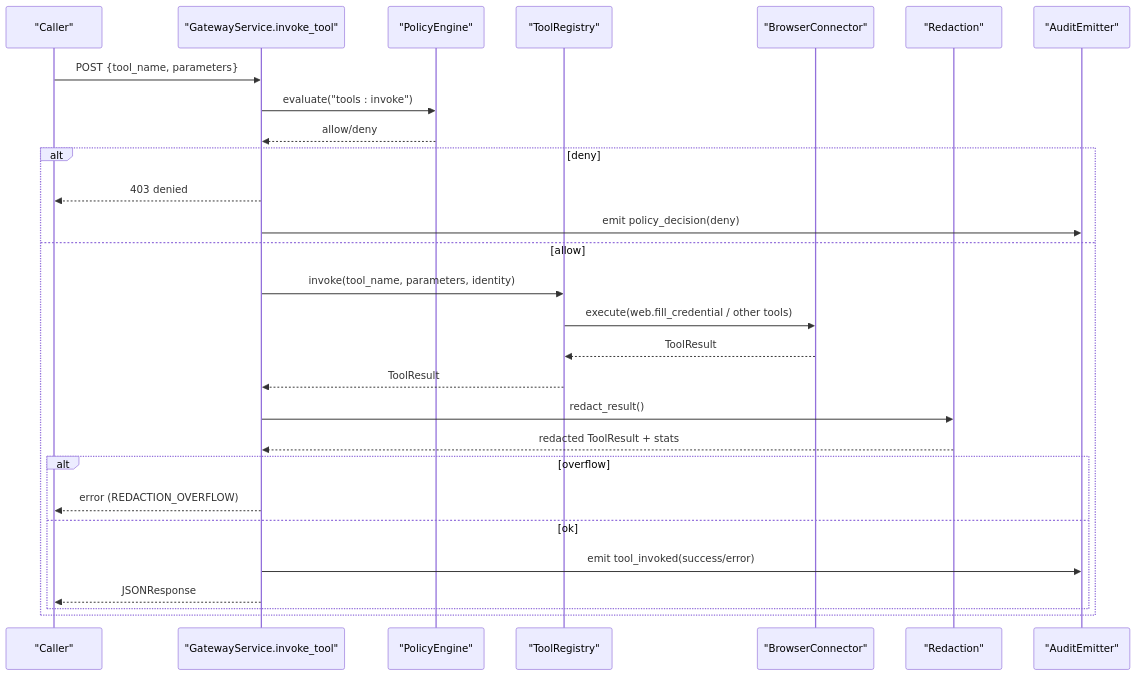
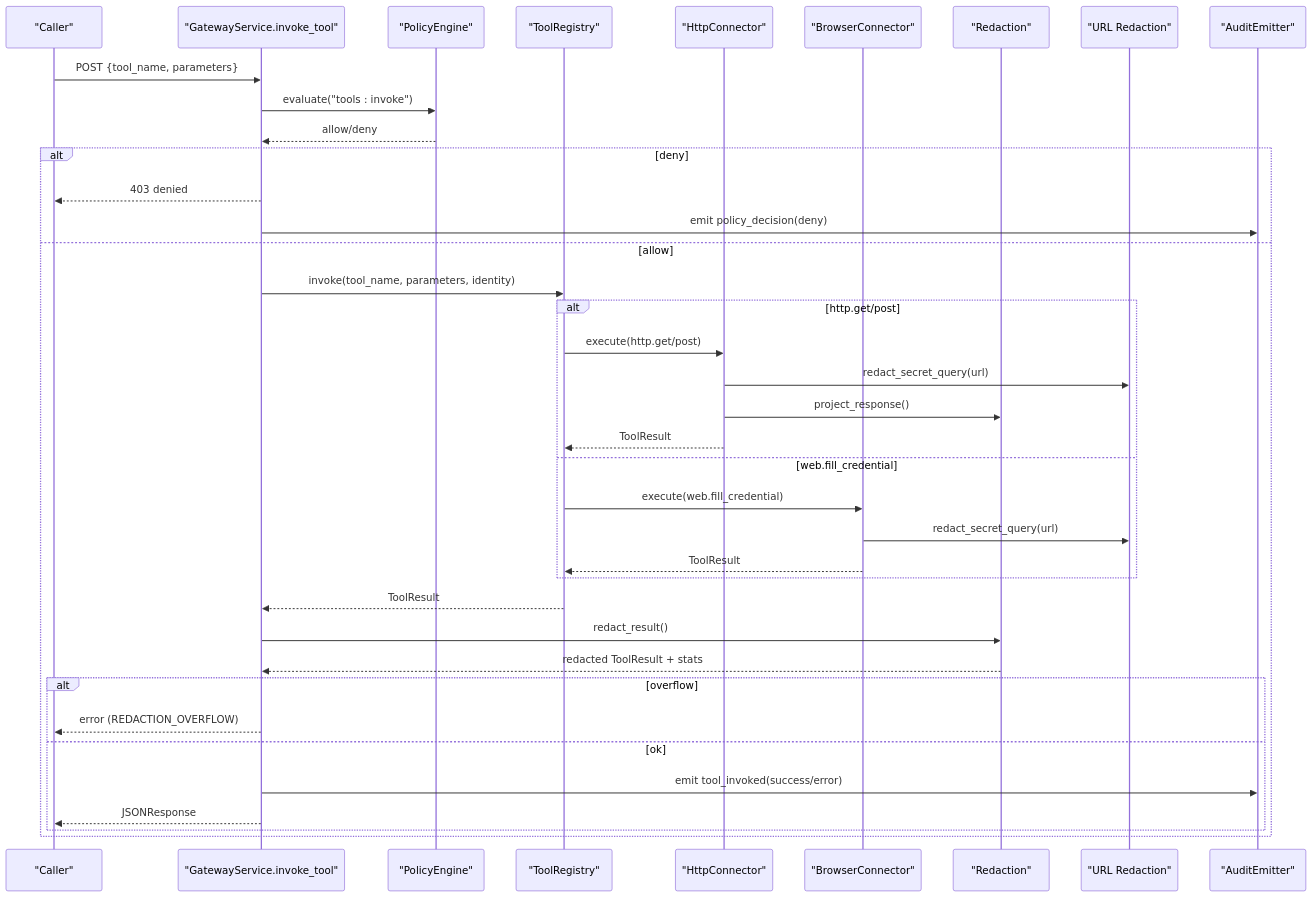
Before and after one commit to metasync/luban-aiops: the second of 9 diagrams in .qoder/repowiki/en/content/Core Services/Tool Gateway/Credential Management and Security.md, drawn with Mermaid. The commit also changed other lines of this file and 102 other files, not shown here.

````diff
--- a/.qoder/repowiki/en/content/Core Services/Tool Gateway/Credential Management and Security.md
+++ b/.qoder/repowiki/en/content/Core Services/Tool Gateway/Credential Management and Security.md
@@ -83,30 +104,40 @@
 ```mermaid
 sequenceDiagram
 participant Client as "Caller"
 participant GW as "GatewayService.invoke_tool"
 participant POL as "PolicyEngine"
 participant REG as "ToolRegistry"
-participant BR as "BrowserConnector"
+participant HC as "HttpConnector"
+participant BC as "BrowserConnector"
 participant RED as "Redaction"
+participant UR as "URL Redaction"
 participant AUD as "AuditEmitter"
 Client->>GW : POST {tool_name, parameters}
 GW->>POL : evaluate("tools : invoke")
 POL-->>GW : allow/deny
 alt deny
 GW-->>Client : 403 denied
 GW->>AUD : emit policy_decision(deny)
 else allow
 GW->>REG : invoke(tool_name, parameters, identity)
-REG->>BR : execute(web.fill_credential / other tools)
-BR-->>REG : ToolResult
+alt http.get/post
+REG->>HC : execute(http.get/post)
+HC->>UR : redact_secret_query(url)
+HC->>RED : project_response()
+HC-->>REG : ToolResult
+else web.fill_credential
+REG->>BC : execute(web.fill_credential)
+BC->>UR : redact_secret_query(url)
+BC-->>REG : ToolResult
+end
 REG-->>GW : ToolResult
 GW->>RED : redact_result()
 RED-->>GW : redacted ToolResult + stats
 alt overflow
 GW-->>Client : error (REDACTION_OVERFLOW)
 else ok
 GW->>AUD : emit tool_invoked(success/error)
 GW-->>Client : JSONResponse
 end
 end
 ```
````
